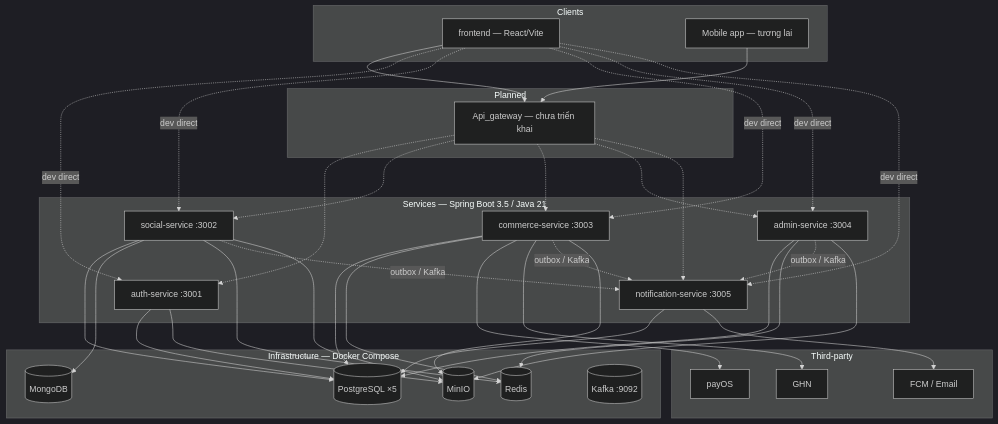
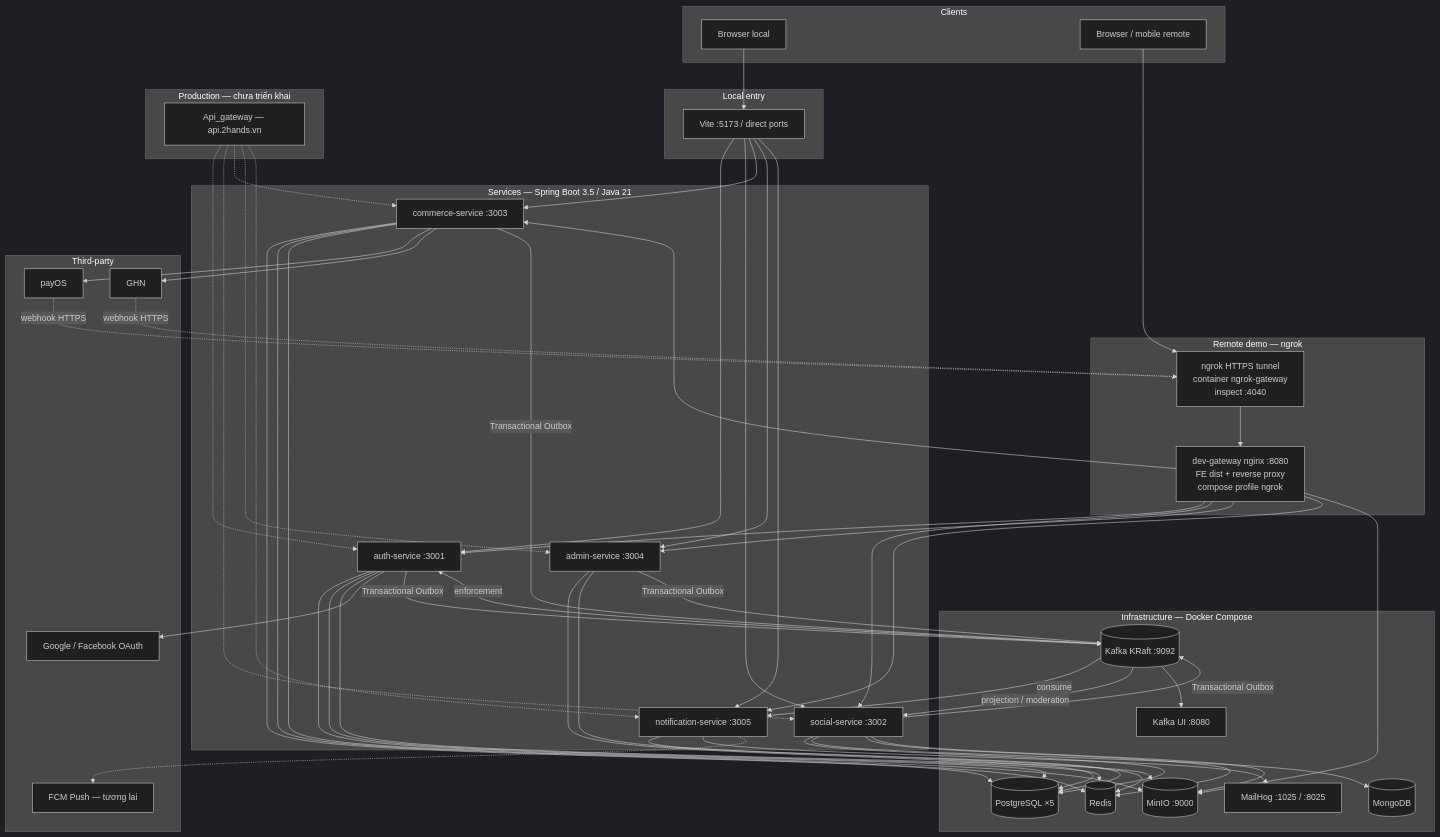
Before and after one commit to Kietptk2k4/2Hand_Projects: the diagram in README.md, drawn with Mermaid (dark theme). The commit also changed other lines of this file and 140 other files, not shown here.

````diff
--- a/README.md
+++ b/README.md
@@ -13,51 +20,69 @@
 ```mermaid
 flowchart TB
   subgraph clients [Clients]
-    Web[frontend — React/Vite]
-    Mobile[Mobile app — tương lai]
+    LocalBrowser[Browser local]
+    RemoteBrowser[Browser / mobile remote]
   end
 
-  subgraph gateway [Planned]
-    GW[Api_gateway — chưa triển khai]
+  subgraph localPath [Local entry]
+    Vite[Vite :5173 / direct ports]
+  end
+
+  subgraph ngrokPath [Remote demo — ngrok]
+    Ngrok[ngrok HTTPS tunnel<br/>container ngrok-gateway<br/>inspect :4040]
+    DevGW[dev-gateway nginx :8080<br/>FE dist + reverse proxy<br/>compose profile ngrok]
+  end
+
+  subgraph planned [Production — chưa triển khai]
+    ProdGW[Api_gateway — api.2hands.vn]
   end
 
   subgraph services [Services — Spring Boot 3.5 / Java 21]
     Auth[auth-service :3001]
     Social[social-service :3002]
     Commerce[commerce-service :3003]
     Admin[admin-service :3004]
     Notif[notification-service :3005]
   end
 
   subgraph infra [Infrastructure — Docker Compose]
     PG[(PostgreSQL ×5)]
     Mongo[(MongoDB)]
     Redis[(Redis)]
-    MinIO[(MinIO)]
-    Kafka[(Kafka :9092)]
+    MinIO[(MinIO :9000)]
+    Kafka[(Kafka KRaft :9092)]
+    KafkaUI[Kafka UI :8080]
+    MailHog[MailHog :1025 / :8025]
   end
 
   subgraph external [Third-party]
+    OAuth[Google / Facebook OAuth]
     PayOS[payOS]
     GHN[GHN]
-    FCM[FCM / Email]
+    FCM[FCM Push — tương lai]
   end
 
-  Web --> GW
-  Mobile --> GW
-  GW -.-> Auth & Social & Commerce & Admin & Notif
-  Web -. dev direct .-> Auth & Social & Commerce & Admin & Notif
+  LocalBrowser --> Vite
+  RemoteBrowser --> Ngrok
+  Ngrok --> DevGW
+  PayOS -.->|webhook HTTPS| Ngrok
+  GHN -.->|webhook HTTPS| Ngrok
 
-  Auth --> PG
-  Social --> PG & Mongo & Redis
-  Commerce --> PG & Redis
+  Vite --> Auth & Social & Commerce & Admin & Notif
+  DevGW --> Auth & Social & Commerce & Admin & Notif
+  DevGW --> MinIO
+  ProdGW -.-> Auth & Social & Commerce & Admin & Notif
+
+  Auth --> PG & Redis & MinIO & OAuth
+  Social --> PG & Mongo & Redis & MinIO
+  Commerce --> PG & Redis & MinIO & PayOS & GHN
   Admin --> PG & Redis
-  Notif --> PG
+  Notif --> PG & MailHog
+  Notif -.-> FCM
 
-  Commerce --> PayOS & GHN
-  Notif --> FCM
-  Social & Commerce & Admin -. outbox / Kafka .-> Notif
-
-  Auth & Admin & Commerce --> MinIO
-  Social --> MinIO
+  Auth & Social & Commerce & Admin -->|Transactional Outbox| Kafka
+  Kafka -->|consume| Notif
+  Kafka -->|projection / moderation| Social
+  Kafka -->|enforcement| Auth
+  Kafka --> KafkaUI
 ```
````
